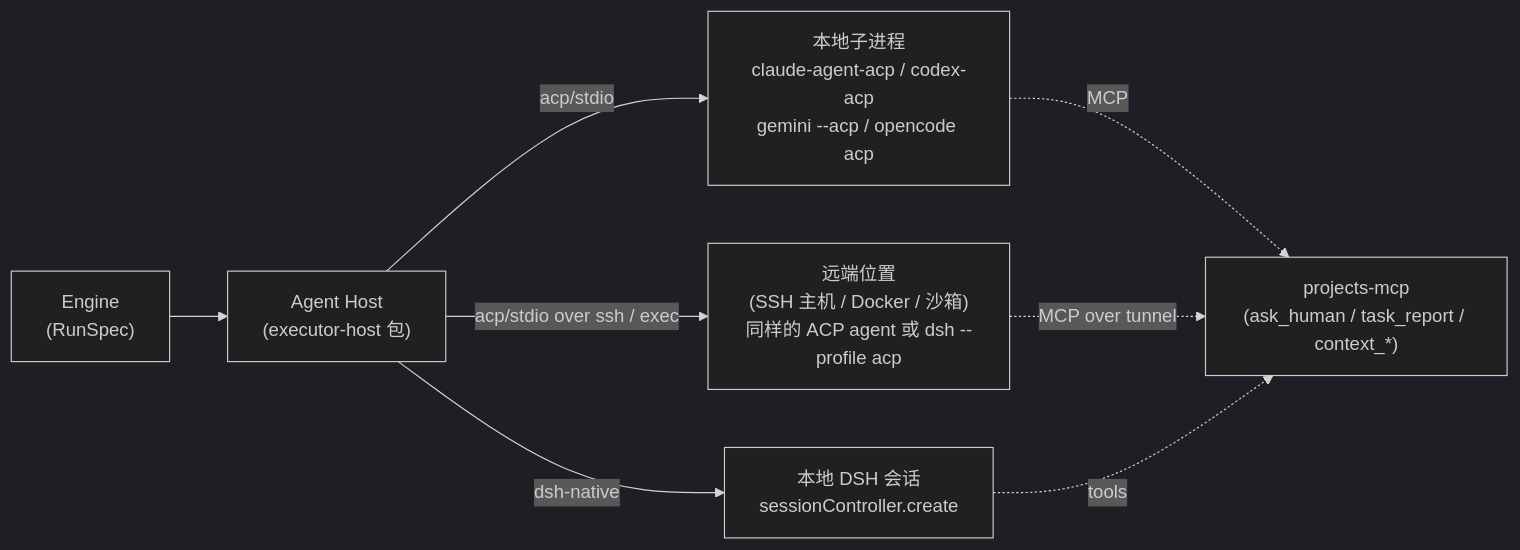
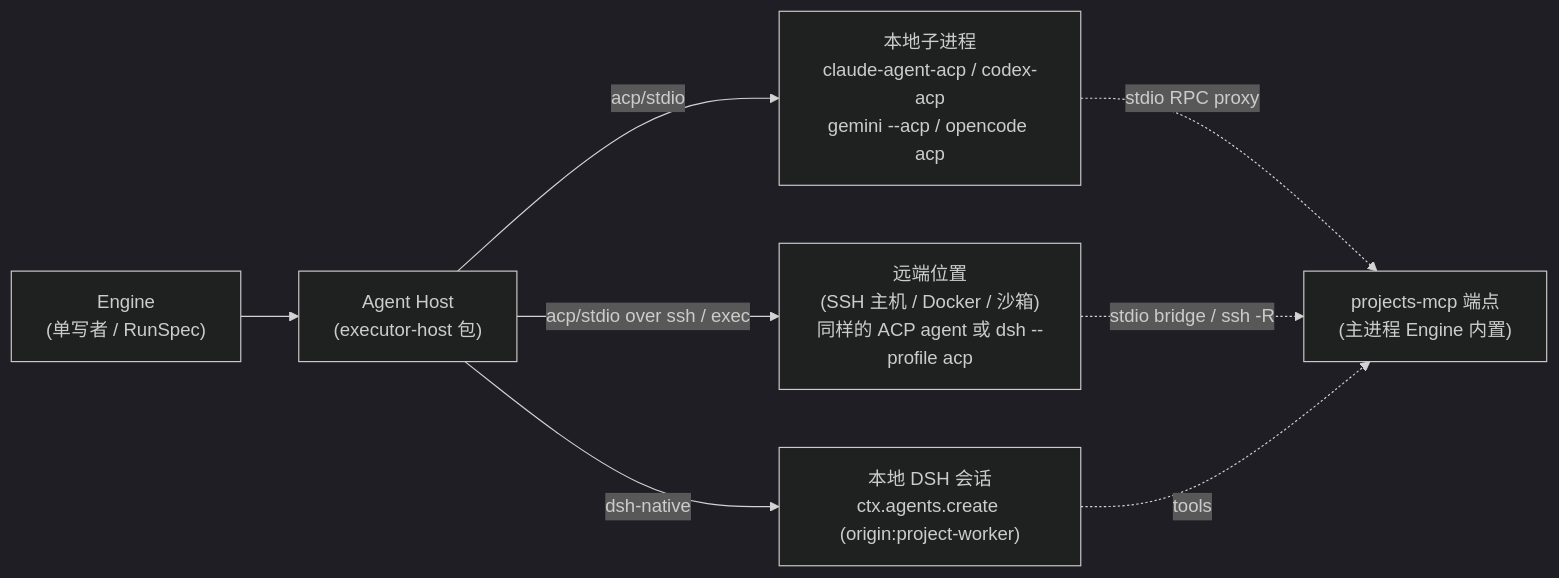
The diagram in docs/architecture/execution.md (chesley-veko/dsh-projects), drawn with Mermaid (dark theme) before and after one commit. The commit also changed other lines of this file and 13 other files, not shown here.

````diff
--- a/docs/architecture/execution.md
+++ b/docs/architecture/execution.md
@@ -13,10 +13,10 @@
 ```mermaid
 flowchart LR
-  Engine["Engine\n(RunSpec)"] --> Host["Agent Host\n(executor-host 包)"]
-  Host -- dsh-native --> DSH["本地 DSH 会话\nsessionController.create"]
+  Engine["Engine\n(单写者 / RunSpec)"] --> Host["Agent Host\n(executor-host 包)"]
+  Host -- dsh-native --> DSH["本地 DSH 会话\nctx.agents.create (origin:project-worker)"]
   Host -- acp/stdio --> L["本地子进程\nclaude-agent-acp / codex-acp\ngemini --acp / opencode acp"]
   Host -- acp/stdio over ssh / exec --> R["远端位置\n(SSH 主机 / Docker / 沙箱)\n同样的 ACP agent 或 dsh --profile acp"]
-  L -. MCP .-> PM["projects-mcp\n(ask_human / task_report / context_*)"]
-  R -. MCP over tunnel .-> PM
+  L -. stdio RPC proxy .-> PM["projects-mcp 端点\n(主进程 Engine 内置)"]
+  R -. stdio bridge / ssh -R .-> PM
   DSH -. tools .-> PM
 ```
````
